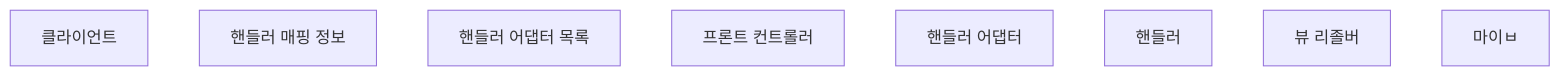
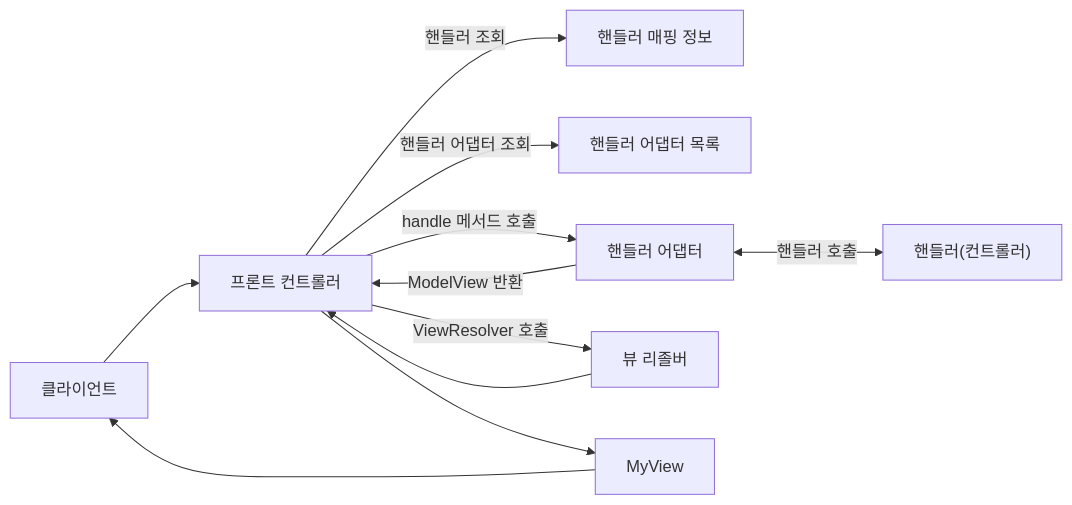
One commit to choiexe1/blog changed the fourth of 4 diagrams in content/Resources/프로그래밍/Java/3. Spring/2. MVC 1편/4. MVC 프레임워크 만들기.md. Above: the diagram before and after it, drawn with Mermaid.

Commit message:
vault backup: 2024-11-21 20:12:51

````diff
--- a/content/Resources/프로그래밍/Java/3. Spring/2. MVC 1편/4. MVC 프레임워크 만들기.md
+++ b/content/Resources/프로그래밍/Java/3. Spring/2. MVC 1편/4. MVC 프레임워크 만들기.md
@@ -538,13 +538,24 @@
 ```mermaid
-flowchart
+flowchart LR
 클라이언트
 A["핸들러 매핑 정보"]
 B["핸들러 어댑터 목록"]
 C["프론트 컨트롤러"]
 D["핸들러 어댑터"]
-컨트롤러["핸들러"]
+컨트롤러["핸들러(컨트롤러)"]
 F["뷰 리졸버"]
-마이ㅂ
+G["MyView"]
+
+클라이언트 --> C
+C --> |핸들러 어댑터 조회| B
+C --> |handle 메서드 호출| D
+D --> |ModelView 반환| C
+C -->|핸들러 조회| A
+D <--> |핸들러 호출| 컨트롤러
+C -->|ViewResolver 호출| F
+F --> C
+C --> G
+G --> 클라이언트
 
 
 ```
````
